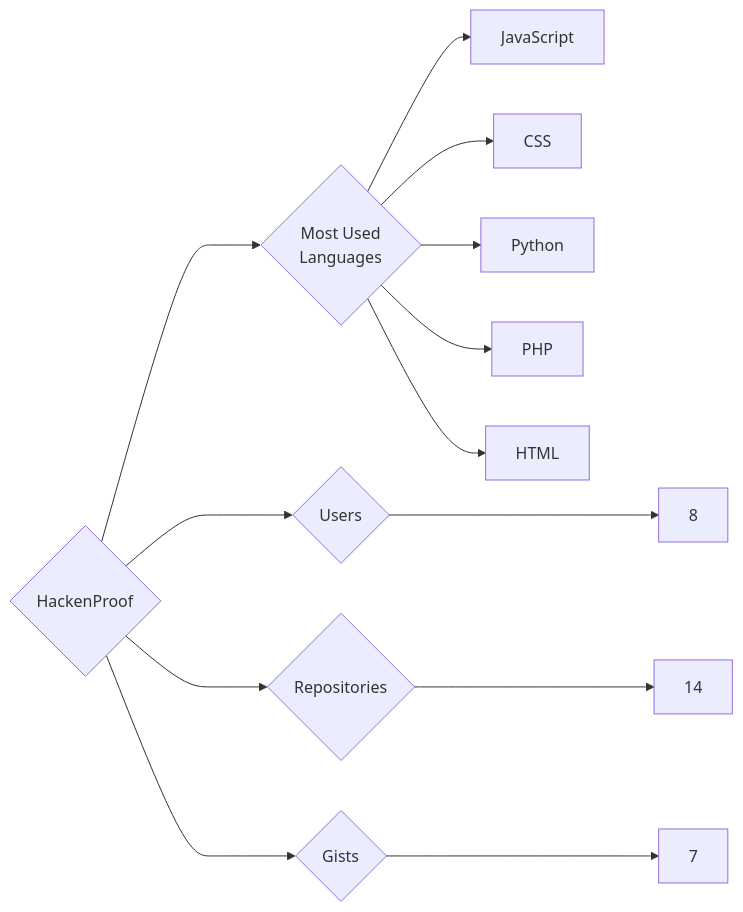
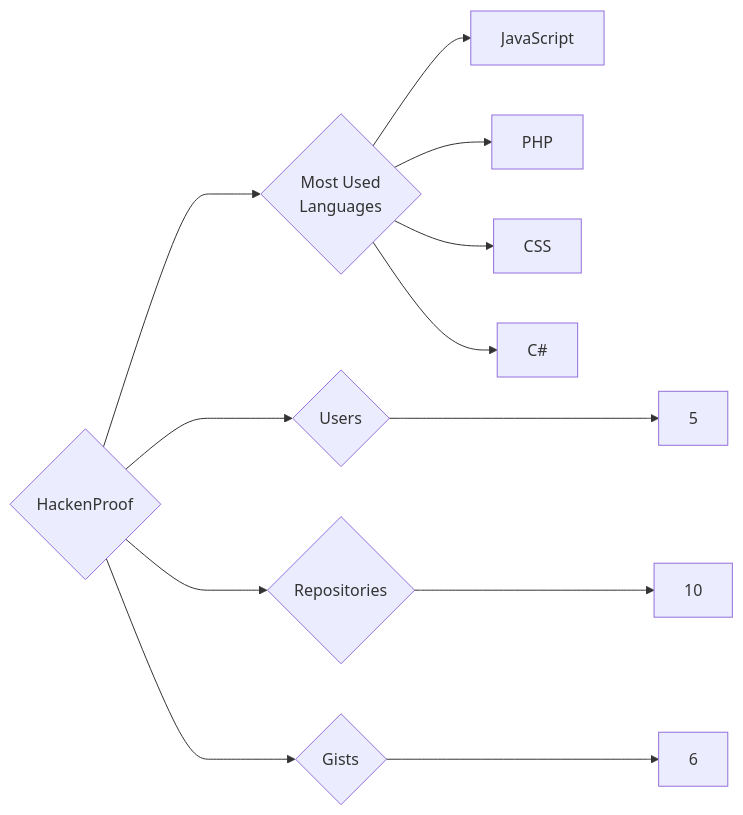
The diagram in targets/HackenProof/README.md (trickest/insiders), drawn with Mermaid before and after one commit. The commit also changed 1212 other files, not shown here.

````diff
--- a/targets/HackenProof/README.md
+++ b/targets/HackenProof/README.md
@@ -3,13 +3,12 @@
 ```mermaid
 graph LR
 COMPANY_NAME{HackenProof}
-COMPANY_NAME ---> U{Users} ---> UN[8]
-COMPANY_NAME ---> R{Repositories} ---> RN[14]
-COMPANY_NAME ---> G{Gists} ---> GN[7]
+COMPANY_NAME ---> U{Users} ---> UN[5]
+COMPANY_NAME ---> R{Repositories} ---> RN[10]
+COMPANY_NAME ---> G{Gists} ---> GN[6]
 COMPANY_NAME ---> ML{Most Used<br>Languages}
 ML --> JavaScript[JavaScript]
+ML --> PHP[PHP]
 ML --> CSS[CSS]
-ML --> Python[Python]
-ML --> PHP[PHP]
-ML --> HTML[HTML]
+ML --> C#[C#]
 ```
````
